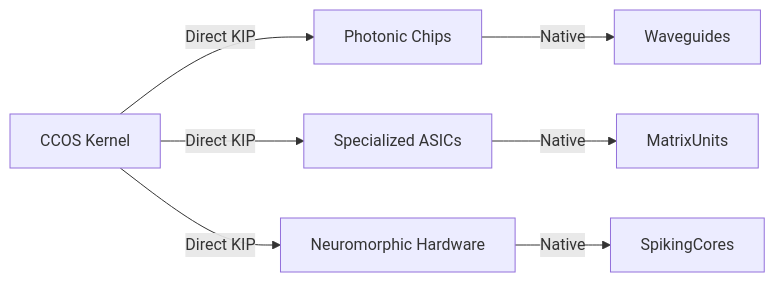
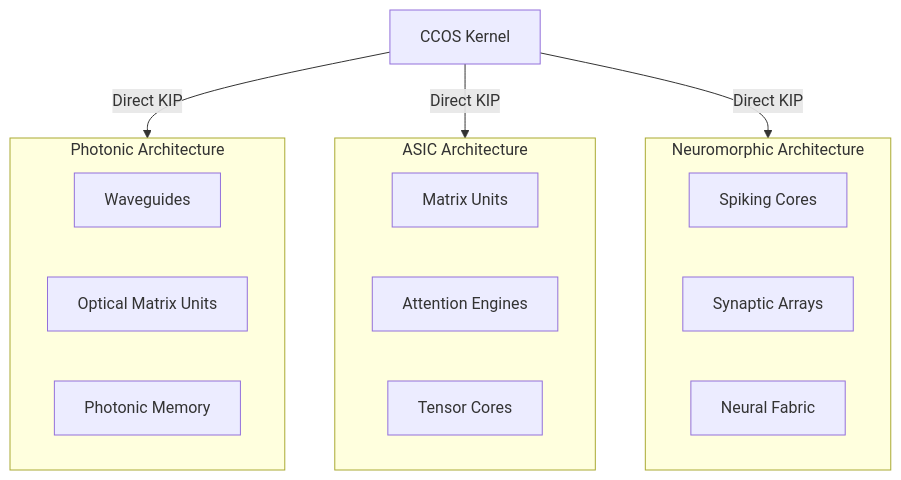
Before and after one commit to kurtnitsch/Crispy-Chicken-: the sixth of 6 diagrams in README.md, drawn with Mermaid. The commit also changed other lines of this file, not shown here.

````diff
--- a/README.md
+++ b/README.md
@@ -113,12 +170,27 @@
 ```mermaid
-flowchart LR
-    CCOS[CCOS Kernel] -->|Direct KIP| Photonics[Photonic Chips]
-    CCOS -->|Direct KIP| ASIC[Specialized ASICs]
-    CCOS -->|Direct KIP| Neuro[Neuromorphic Hardware]
+flowchart TB
+    CCOS[CCOS Kernel] -->|Direct KIP| HW1[Photonic Chips]
+    CCOS -->|Direct KIP| HW2[Specialized ASICs]
+    CCOS -->|Direct KIP| HW3[Neuromorphic Hardware]
     
-    Photonics -->|Native| Waveguides
-    ASIC -->|Native| MatrixUnits
-    Neuro -->|Native| SpikingCores
+    subgraph HW1 [Photonic Architecture]
+        P1[Waveguides]
+        P2[Optical Matrix Units]
+        P3[Photonic Memory]
+    end
     
-    class Photonics,ASIC,Neuro physical
+    subgraph HW2 [ASIC Architecture]
+        A1[Matrix Units]
+        A2[Attention Engines]
+        A3[Tensor Cores]
+    end
+    
+    subgraph HW3 [Neuromorphic Architecture]
+        N1[Spiking Cores]
+        N2[Synaptic Arrays]
+        N3[Neural Fabric]
+    end
+    
+    class CCOS kernel
+    class HW1,HW2,HW3 physical
 ```
````
